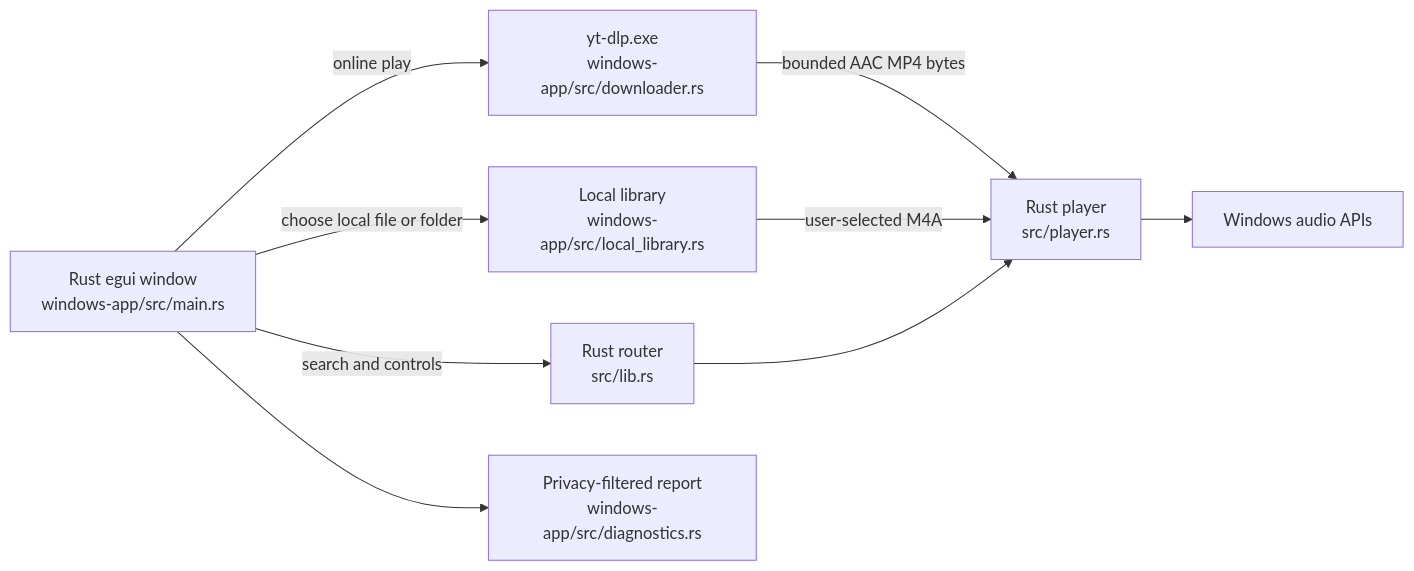
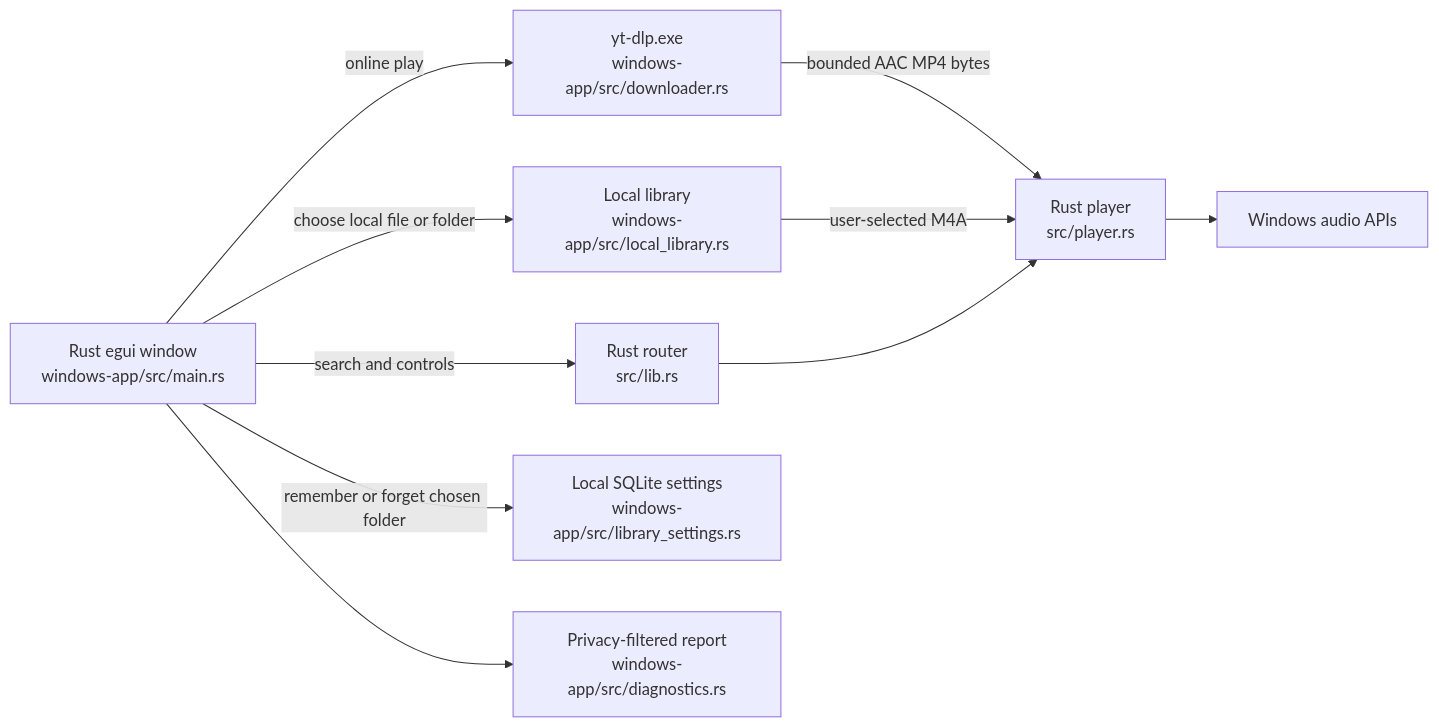
Before and after one commit to AfzalAshraf/ayshamusic: the diagram in docs/WINDOWS_ARCHITECTURE.md, drawn with Mermaid. The commit also changed 5 other files, not shown here.

Commit message:
Remember Windows music folder safely

````diff
--- a/docs/WINDOWS_ARCHITECTURE.md
+++ b/docs/WINDOWS_ARCHITECTURE.md
@@ -5,11 +5,12 @@
 ```mermaid
 flowchart LR
   UI["Rust egui window\nwindows-app/src/main.rs"] -->|search and controls| Backend["Rust router\nsrc/lib.rs"]
   UI -->|online play| Download["yt-dlp.exe\nwindows-app/src/downloader.rs"]
   Download -->|bounded AAC MP4 bytes| Audio["Rust player\nsrc/player.rs"]
   UI -->|choose local file or folder| Library["Local library\nwindows-app/src/local_library.rs"]
   Library -->|user-selected M4A| Audio
+  UI -->|remember or forget chosen folder| Settings["Local SQLite settings\nwindows-app/src/library_settings.rs"]
   UI --> Report["Privacy-filtered report\nwindows-app/src/diagnostics.rs"]
   Backend --> Audio
   Audio --> Windows["Windows audio APIs"]
 ```
````
